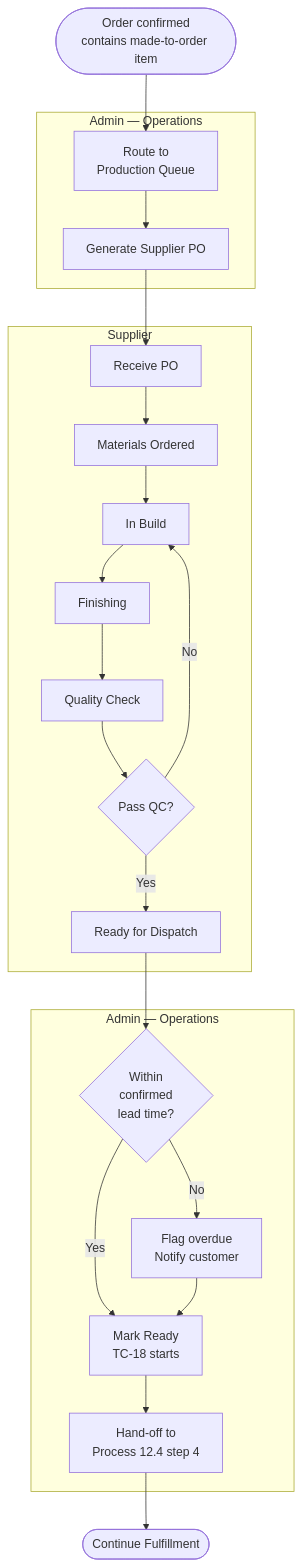
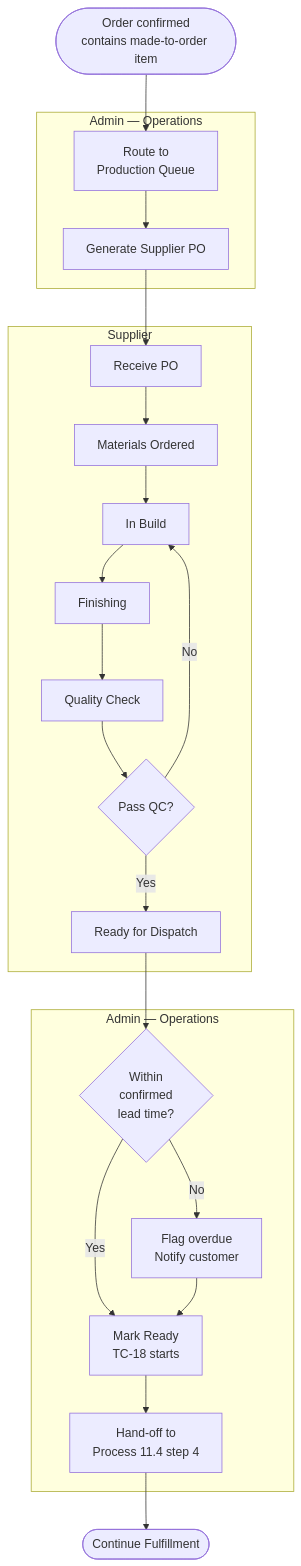
One commit to mingnguyentt012200/HomeStyle-project-demo changed the fifth of 16 diagrams in HomeStyle_BRD_v4.md. Above: the diagram before and after it, drawn with Mermaid. The commit also changed other lines of this file, not shown here.

````diff
--- a/HomeStyle_BRD_v4.md
+++ b/HomeStyle_BRD_v4.md
@@ -592,25 +593,25 @@
 ```mermaid
 flowchart TD
     A([Order confirmed<br/>contains made-to-order item]) --> B[Route to<br/>Production Queue]
     subgraph Admin_Operations[Admin — Operations]
         B --> C[Generate Supplier PO]
     end
     subgraph Supplier
         C --> D[Receive PO]
         D --> E[Materials Ordered]
         E --> F[In Build]
         F --> G[Finishing]
         G --> H[Quality Check]
         H --> I{Pass QC?}
         I -- No --> F
         I -- Yes --> J[Ready for Dispatch]
     end
     subgraph Admin_Operations2[Admin — Operations]
         J --> K{Within<br/>confirmed<br/>lead time?}
         K -- No --> L[Flag overdue<br/>Notify customer]
         K -- Yes --> M[Mark Ready<br/>TC-18 starts]
         L --> M
-        M --> N[Hand-off to<br/>Process 12.4 step 4]
+        M --> N[Hand-off to<br/>Process 11.4 step 4]
     end
     N --> Z([Continue Fulfillment])
 ```
````
